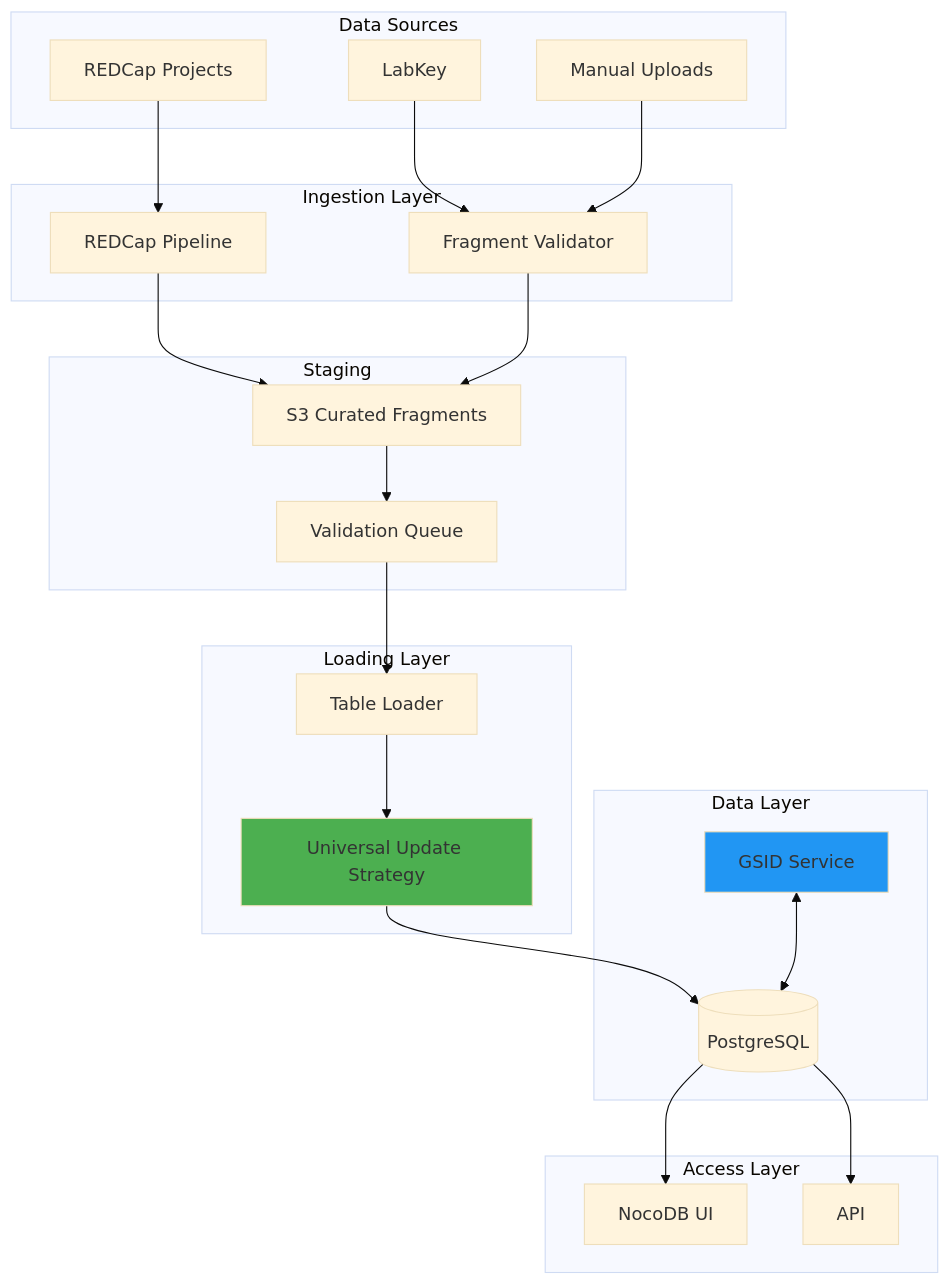
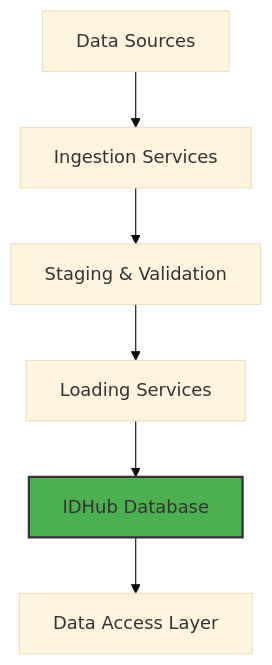
Before and after one commit to ibdgc/idhub: the diagram in docs/index.md, drawn with Mermaid (base theme). The commit also changed other lines of this file and 36 other files, not shown here.

````diff
--- a/docs/index.md
+++ b/docs/index.md
@@ -87,49 +47,10 @@
 ```mermaid
-graph TB
-    subgraph "Data Sources"
-        A[REDCap Projects]
-        B[LabKey]
-        C[Manual Uploads]
-    end
+graph TD
+    A[Data Sources] --> B[Ingestion Services];
+    B --> C[Staging & Validation];
+    C --> D[Loading Services];
+    D --> E[IDHub Database];
+    E --> F[Data Access Layer];
 
-    subgraph "Ingestion Layer"
-        D[REDCap Pipeline]
-        E[Fragment Validator]
-    end
-
-    subgraph "Staging"
-        F[S3 Curated Fragments]
-        G[Validation Queue]
-    end
-
-    subgraph "Loading Layer"
-        H[Table Loader]
-        I[Universal Update Strategy]
-    end
-
-    subgraph "Data Layer"
-        J[(PostgreSQL)]
-        K[GSID Service]
-    end
-
-    subgraph "Access Layer"
-        L[NocoDB UI]
-        M[API]
-    end
-
-    A --> D
-    B --> E
-    C --> E
-    D --> F
-    E --> F
-    F --> G
-    G --> H
-    H --> I
-    I --> J
-    K <--> J
-    J --> L
-    J --> M
-
-    style I fill:#4CAF50
-    style K fill:#2196F3
+    style E fill:#4CAF50,stroke:#333,stroke-width:2px
 ```
````
